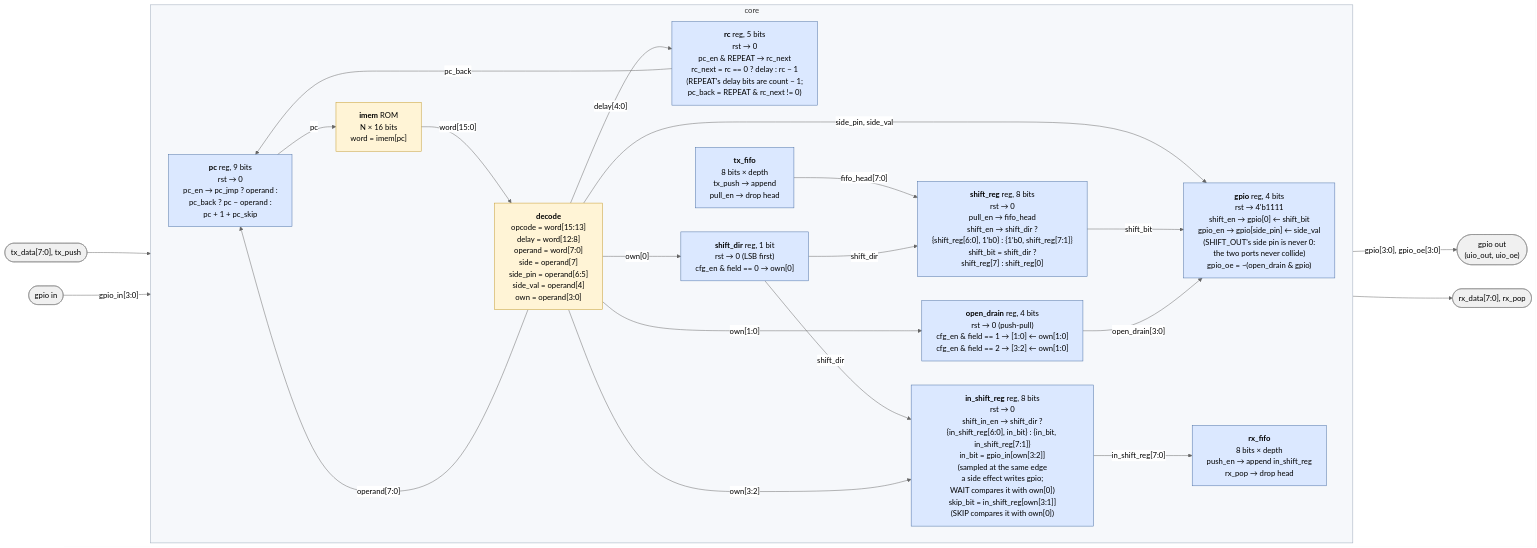
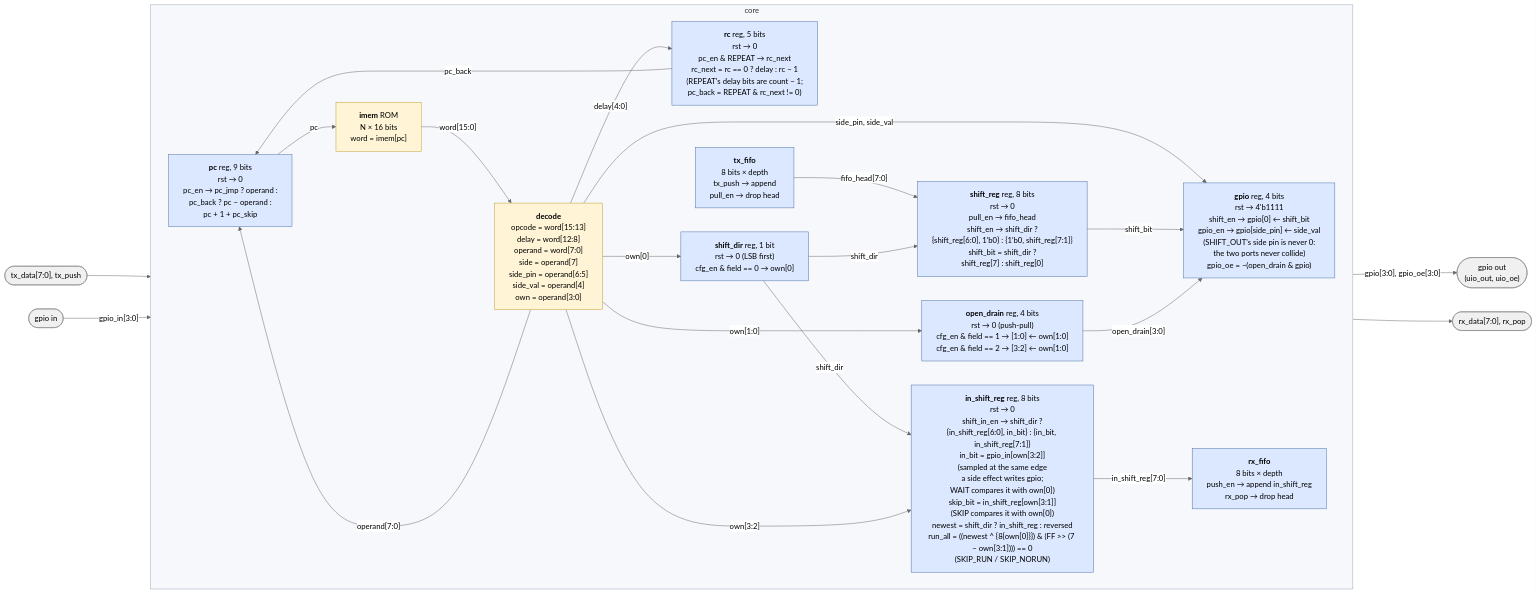
One commit to cshieldsce/smallcore changed the diagram in docs/core.mmd. Above: the diagram before and after it, drawn with Mermaid (neutral theme). The commit also changed 7 other files, not shown here.

```diff
--- a/docs/core.mmd
+++ b/docs/core.mmd
@@ -1,59 +1,59 @@
 %%{init: {"flowchart": {"wrappingWidth": 320}}}%%
 %% Datapath at Verilog level. Blue = register (one always @(posedge clk)), yellow = combinational.
 %% Only data wires are drawn. The enables named inside each register (pull_en, push_en, shift_en,
 %% shift_in_en, gpio_en, cfg_en, pc_en, pc_jmp, pc_skip, pc_back) come from the control block, see control.svg.
 %% rc is REPEAT's counter, the runs of the body still to go: it moves on a REPEAT's edge only and steers pc back.
 %% gpio has two write ports: SHIFT_OUT writes gpio[0]; the one side-effect port (SET and every
 %% other instruction's `pin, level`) writes gpio[side_pin]. shift_dir selects which end of
 %% shift_reg feeds gpio[0], which end of in_shift_reg the sampled input pin enters, and which
 %% way both shift. in_bit, the input pin own[3:2] selects, also goes to the control block:
 %% WAIT stalls while in_bit != own[0], see control.svg. So does in_shift_reg: SKIP compares the
 %% bit own[3:1] selects with own[0] and pc_skip adds one more to pc. The configuration registers
 %% share one write port, cfg_en with the field own[3:2]: shift_dir (field 0) and open_drain, one
 %% bit per pin, two pins per field (1 and 2); gpio_oe, the pad's enable, is combinational from
 %% open_drain and gpio: an open-drain pin at 1 is not driven.
 flowchart LR
   classDef reg fill:#dbe8ff,stroke:#4a6fa5
   classDef comb fill:#fff4d6,stroke:#c49a2a
   classDef ext fill:#f0f0f0,stroke:#888
 
   TXIN(["tx_data[7:0], tx_push"]):::ext
   GIN(["gpio in"]):::ext
 
   subgraph core["core"]
     direction LR
     PC["<b>pc</b> reg, 9 bits<br/>rst → 0<br/>pc_en → pc_jmp ? operand :<br/>pc_back ? pc − operand :<br/>pc + 1 + pc_skip"]:::reg
     RC["<b>rc</b> reg, 5 bits<br/>rst → 0<br/>pc_en & REPEAT → rc_next<br/>rc_next = rc == 0 ? delay : rc − 1<br/>(REPEAT's delay bits are count − 1;<br/>pc_back = REPEAT & rc_next != 0)"]:::reg
     IMEM["<b>imem</b> ROM<br/>N × 16 bits<br/>word = imem[pc]"]:::comb
     DEC["<b>decode</b><br/>opcode = word[15:13]<br/>delay = word[12:8]<br/>operand = word[7:0]<br/>side = operand[7]<br/>side_pin = operand[6:5]<br/>side_val = operand[4]<br/>own = operand[3:0]"]:::comb
     FIFO["<b>tx_fifo</b><br/>8 bits × depth<br/>tx_push → append<br/>pull_en → drop head"]:::reg
     SD["<b>shift_dir</b> reg, 1 bit<br/>rst → 0 (LSB first)<br/>cfg_en & field == 0 → own[0]"]:::reg
     SR["<b>shift_reg</b> reg, 8 bits<br/>rst → 0<br/>pull_en → fifo_head<br/>shift_en → shift_dir ?<br/>{shift_reg[6:0], 1'b0} : {1'b0, shift_reg[7:1]}<br/>shift_bit = shift_dir ?<br/>shift_reg[7] : shift_reg[0]"]:::reg
     OD["<b>open_drain</b> reg, 4 bits<br/>rst → 0 (push-pull)<br/>cfg_en & field == 1 → [1:0] ← own[1:0]<br/>cfg_en & field == 2 → [3:2] ← own[1:0]"]:::reg
     PIN["<b>gpio</b> reg, 4 bits<br/>rst → 4'b1111<br/>shift_en → gpio[0] ← shift_bit<br/>gpio_en → gpio[side_pin] ← side_val<br/>(SHIFT_OUT's side pin is never 0:<br/>the two ports never collide)<br/>gpio_oe = ~(open_drain & gpio)"]:::reg
-    ISR["<b>in_shift_reg</b> reg, 8 bits<br/>rst → 0<br/>shift_in_en → shift_dir ?<br/>{in_shift_reg[6:0], in_bit} : {in_bit, in_shift_reg[7:1]}<br/>in_bit = gpio_in[own[3:2]]<br/>(sampled at the same edge<br/>a side effect writes gpio;<br/>WAIT compares it with own[0])<br/>skip_bit = in_shift_reg[own[3:1]]<br/>(SKIP compares it with own[0])"]:::reg
+    ISR["<b>in_shift_reg</b> reg, 8 bits<br/>rst → 0<br/>shift_in_en → shift_dir ?<br/>{in_shift_reg[6:0], in_bit} : {in_bit, in_shift_reg[7:1]}<br/>in_bit = gpio_in[own[3:2]]<br/>(sampled at the same edge<br/>a side effect writes gpio;<br/>WAIT compares it with own[0])<br/>skip_bit = in_shift_reg[own[3:1]]<br/>(SKIP compares it with own[0])<br/>newest = shift_dir ? in_shift_reg : reversed<br/>run_all = ((newest ^ {8{own[0]}}) & (FF >> (7 − own[3:1]))) == 0<br/>(SKIP_RUN / SKIP_NORUN)"]:::reg
     RXF["<b>rx_fifo</b><br/>8 bits × depth<br/>push_en → append in_shift_reg<br/>rx_pop → drop head"]:::reg
 
     PC -->|"pc"| IMEM
     IMEM -->|"word[15:0]"| DEC
     DEC -->|"side_pin, side_val"| PIN
     DEC -->|"operand[7:0]"| PC
     DEC -->|"delay[4:0]"| RC
     RC -->|"pc_back"| PC
     DEC -->|"own[0]"| SD
     DEC -->|"own[1:0]"| OD
     SD -->|"shift_dir"| ISR
     DEC -->|"own[3:2]"| ISR
     FIFO -->|"fifo_head[7:0]"| SR
     SR -->|"shift_bit"| PIN
     OD -->|"open_drain[3:0]"| PIN
     SD -->|"shift_dir"| SR
     ISR -->|"in_shift_reg[7:0]"| RXF
   end
 
   TXIN --> FIFO
   GIN -->|"gpio_in[3:0]"| ISR
   PIN -->|"gpio[3:0], gpio_oe[3:0]"| OUT(["gpio out<br/>(uio_out, uio_oe)"]):::ext
   RXF --> RXOUT(["rx_data[7:0], rx_pop"]):::ext
 
   style core fill:#f6f8fb,stroke:#9aa7b8
```
